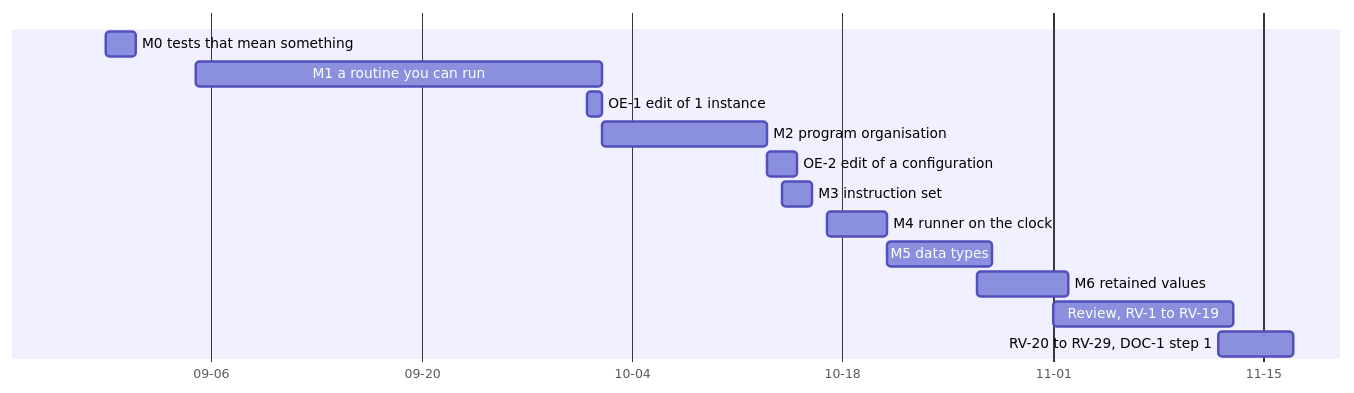
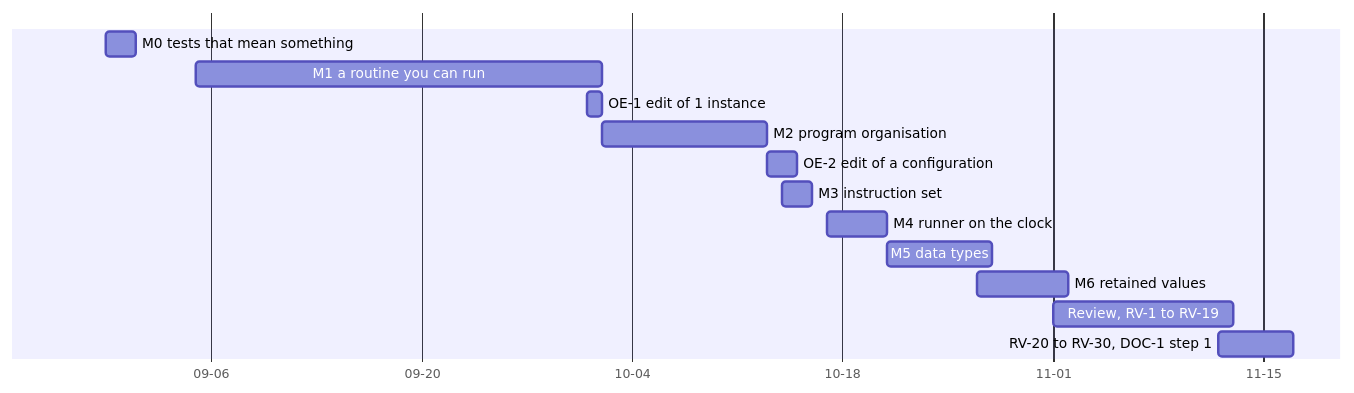
One commit to rellen/logex changed the diagram in docs/contributing/project-history.md. Above: the diagram before and after it, drawn with Mermaid. The commit also changed other lines of this file and 8 other files, not shown here.

````diff
--- a/docs/contributing/project-history.md
+++ b/docs/contributing/project-history.md
@@ -36,18 +36,18 @@
 ```mermaid
 gantt
   dateFormat YYYY-MM-DD
   axisFormat %m-%d
   tickInterval 2week
   todayMarker off
   M0 tests that mean something : 2026-08-30, 2d
   M1 a routine you can run : 2026-09-05, 2026-10-02
   OE-1 edit of 1 instance : 2026-10-01, 1d
   M2 program organisation : 2026-10-02, 2026-10-13
   OE-2 edit of a configuration : 2026-10-13, 2d
   M3 instruction set : 2026-10-14, 2d
   M4 runner on the clock : 2026-10-17, 2026-10-21
   M5 data types : 2026-10-21, 2026-10-28
   M6 retained values : 2026-10-27, 2026-11-02
   Review, RV-1 to RV-19 : 2026-11-01, 2026-11-13
-  RV-20 to RV-29, DOC-1 step 1 : 2026-11-12, 2026-11-17
+  RV-20 to RV-30, DOC-1 step 1 : 2026-11-12, 2026-11-17
 ```
````
